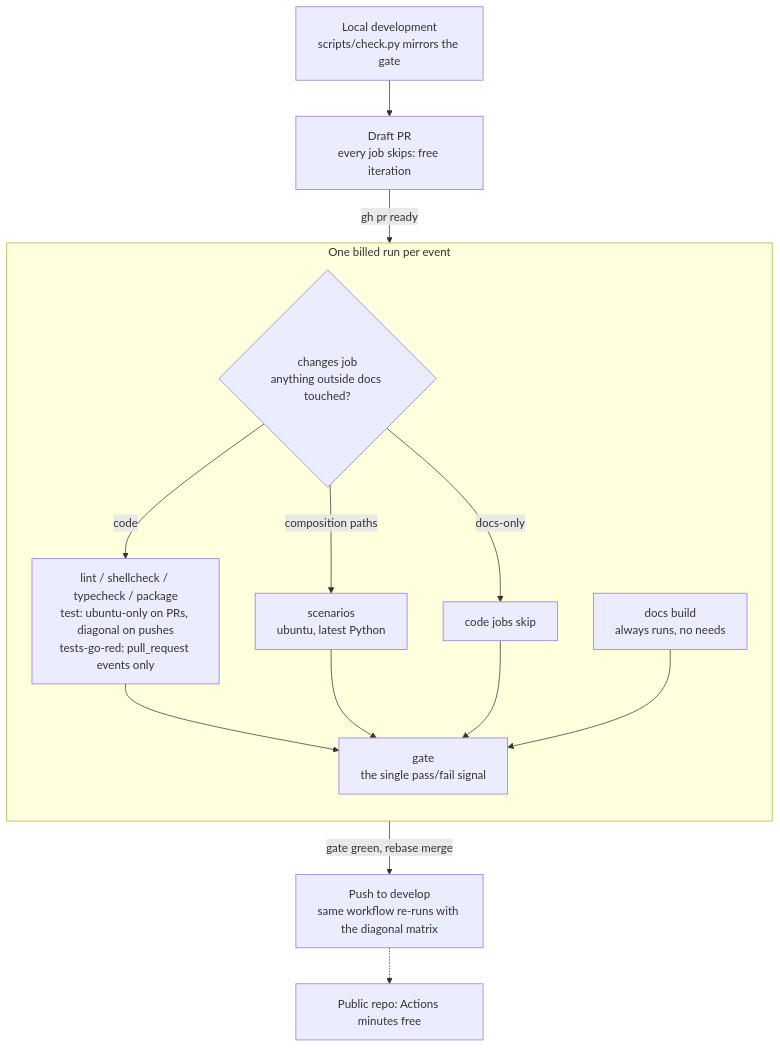
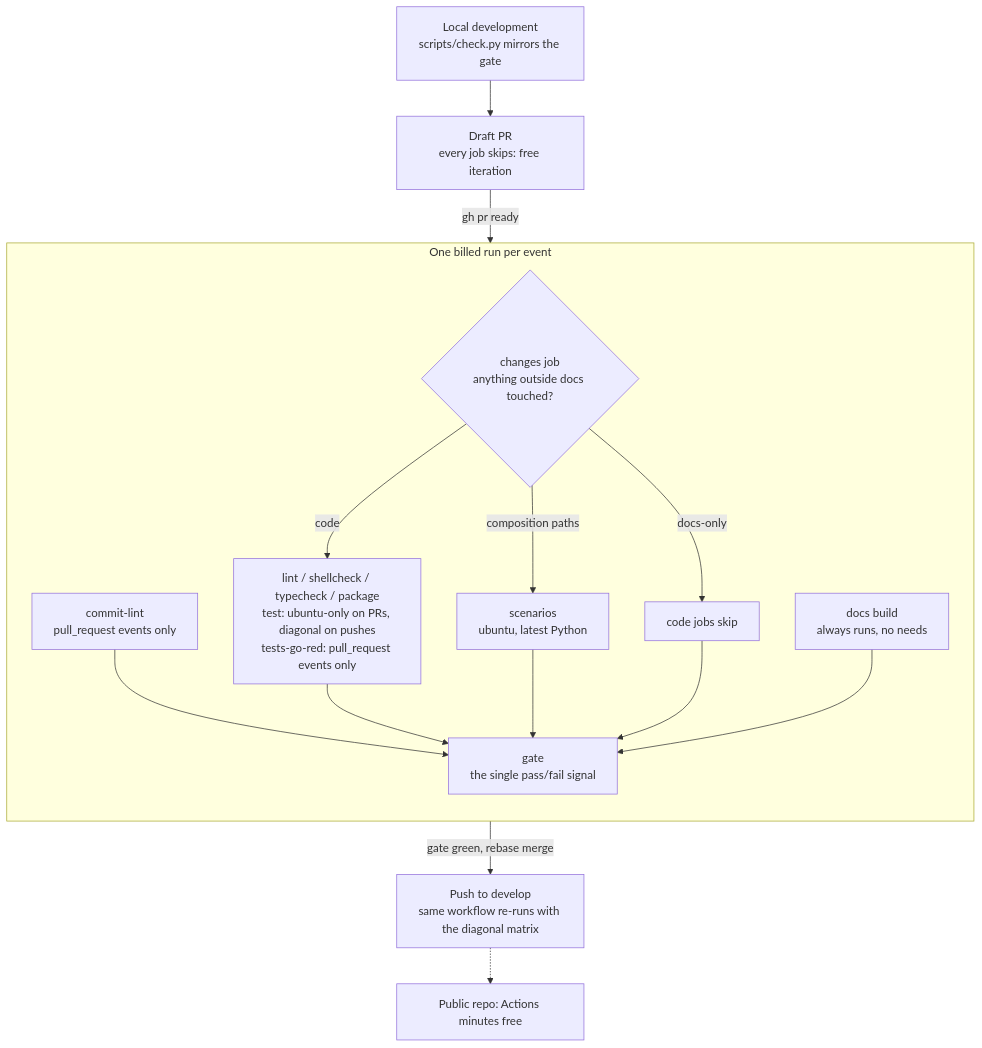
One commit to TheRealBillSiegler/boilerplate changed the diagram in docs/governance/ci.md. Above: the diagram before and after it, drawn with Mermaid. The commit also changed other lines of this file and 2 other files, not shown here.

Commit message:
docs: say the commit check is part of the required CI gate

````diff
--- a/docs/governance/ci.md
+++ b/docs/governance/ci.md
@@ -7,19 +7,21 @@
 ```mermaid
 flowchart TD
     dev["Local development<br>scripts/check.py mirrors the gate"] --> draft["Draft PR<br>every job skips: free iteration"]
     draft -- "gh pr ready" --> run
     subgraph run["One billed run per event"]
         direction TB
         changes{"changes job<br>anything outside docs touched?"}
         changes -- "docs-only" --> skip["code jobs skip"]
         changes -- "code" --> code["lint / shellcheck / typecheck / package<br>test: ubuntu-only on PRs, diagonal on pushes<br>tests-go-red: pull_request events only"]
         changes -- "composition paths" --> scen["scenarios<br>ubuntu, latest Python"]
         docsjob["docs build<br>always runs, no needs"]
+        lint["commit-lint<br>pull_request events only"]
+        lint --> gate
         code --> gate["gate<br>the single pass/fail signal"]
         scen --> gate
         skip --> gate
         docsjob --> gate
     end
     run -- "gate green, rebase merge" --> push["Push to develop<br>same workflow re-runs with the diagonal matrix"]
     push -.-> free["Public repo: Actions minutes free"]
 ```
````
